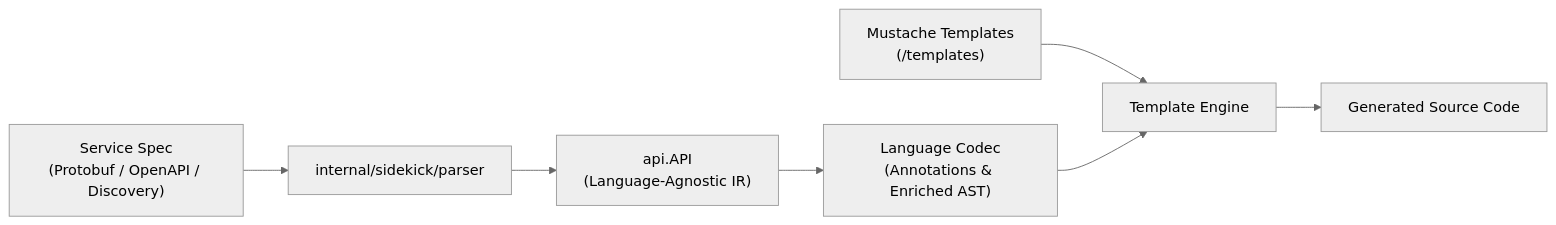
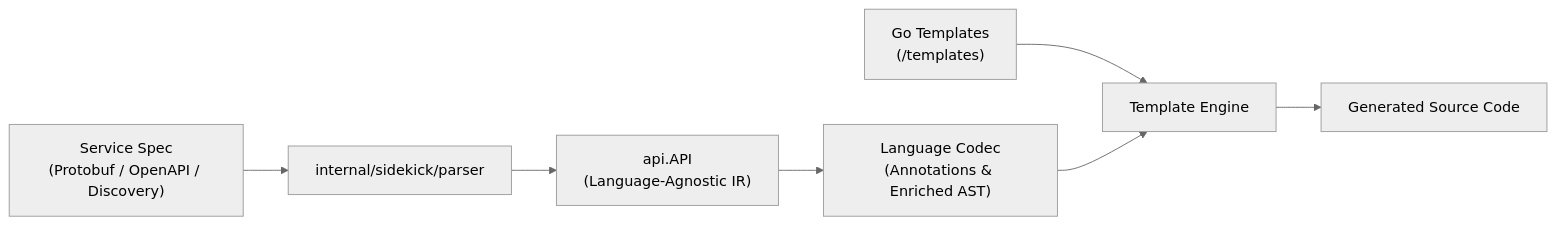
The diagram in internal/sidekick/AGENTS.md (googleapis/librarian), drawn with Mermaid (neutral theme) before and after one commit. The commit also changed other lines of this file, not shown here.

Commit message:
docs(sidekick): replace mustache references (#7831)

````diff
--- a/internal/sidekick/AGENTS.md
+++ b/internal/sidekick/AGENTS.md
@@ -22,9 +22,9 @@
 ```mermaid
 flowchart LR
     Spec["Service Spec\n(Protobuf / OpenAPI / Discovery)"] --> Parser["internal/sidekick/parser"]
     Parser --> Model["api.API\n(Language-Agnostic IR)"]
     Model --> Codec["Language Codec\n(Annotations & Enriched AST)"]
-    Templates["Mustache Templates\n(<lang>/templates)"] --> Renderer["Template Engine"]
+    Templates["Go Templates\n(<lang>/templates)"] --> Renderer["Template Engine"]
     Codec --> Renderer
     Renderer --> Output["Generated Source Code"]
 ```
````
